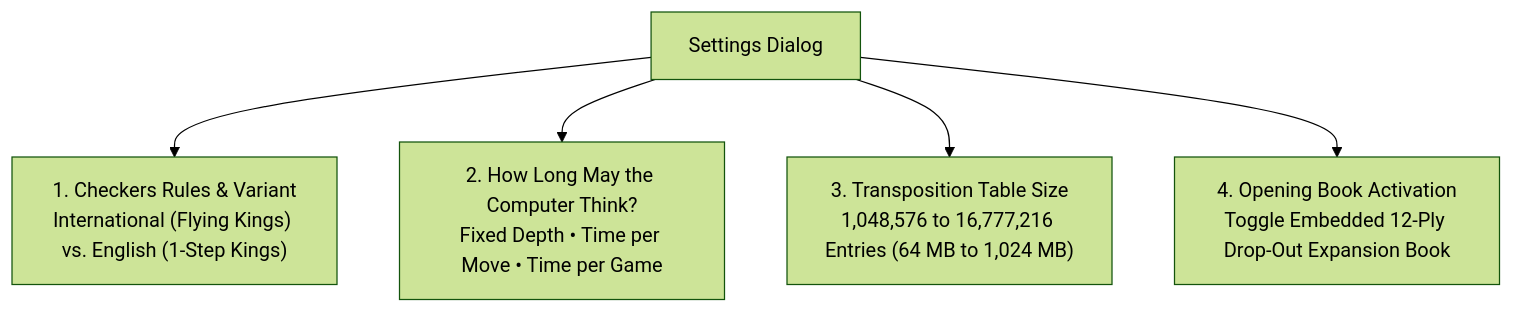
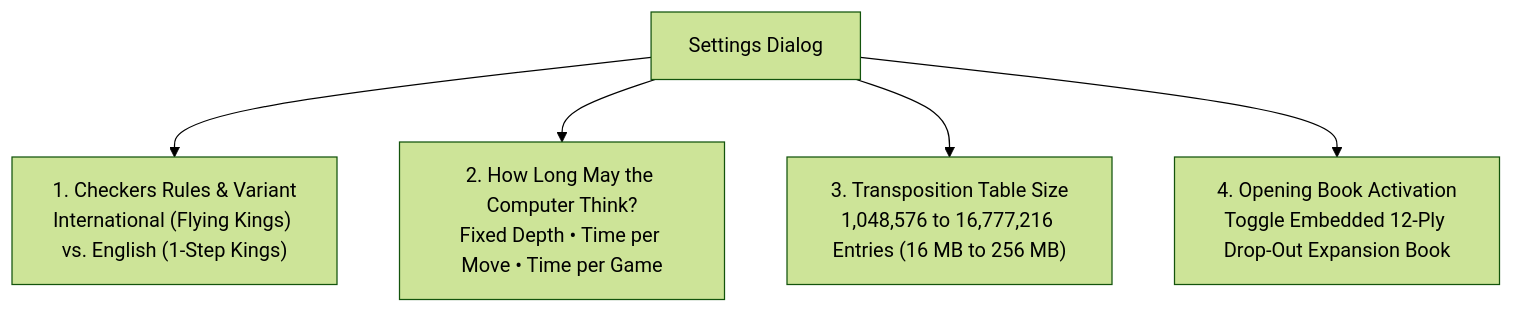
The second of 2 diagrams in docs/brain/14-gui-and-settings.md (cjp-dev/Checkers), drawn with Mermaid (forest theme) before and after one commit. The commit also changed other lines of this file and 4 other files, not shown here.

````diff
--- a/docs/brain/14-gui-and-settings.md
+++ b/docs/brain/14-gui-and-settings.md
@@ -170,8 +170,8 @@
 ```mermaid
 graph TD
     Settings["Settings Dialog"]
     Settings --> Section1["1. Checkers Rules &amp; Variant<br/>International (Flying Kings) vs. English (1-Step Kings)"]
     Settings --> Section2["2. How Long May the Computer Think?<br/>Fixed Depth • Time per Move • Time per Game"]
-    Settings --> Section3["3. Transposition Table Size<br/>1,048,576 to 16,777,216 Entries (64 MB to 1,024 MB)"]
+    Settings --> Section3["3. Transposition Table Size<br/>1,048,576 to 16,777,216 Entries (16 MB to 256 MB)"]
     Settings --> Section4["4. Opening Book Activation<br/>Toggle Embedded 12-Ply Drop-Out Expansion Book"]
 ```
````
